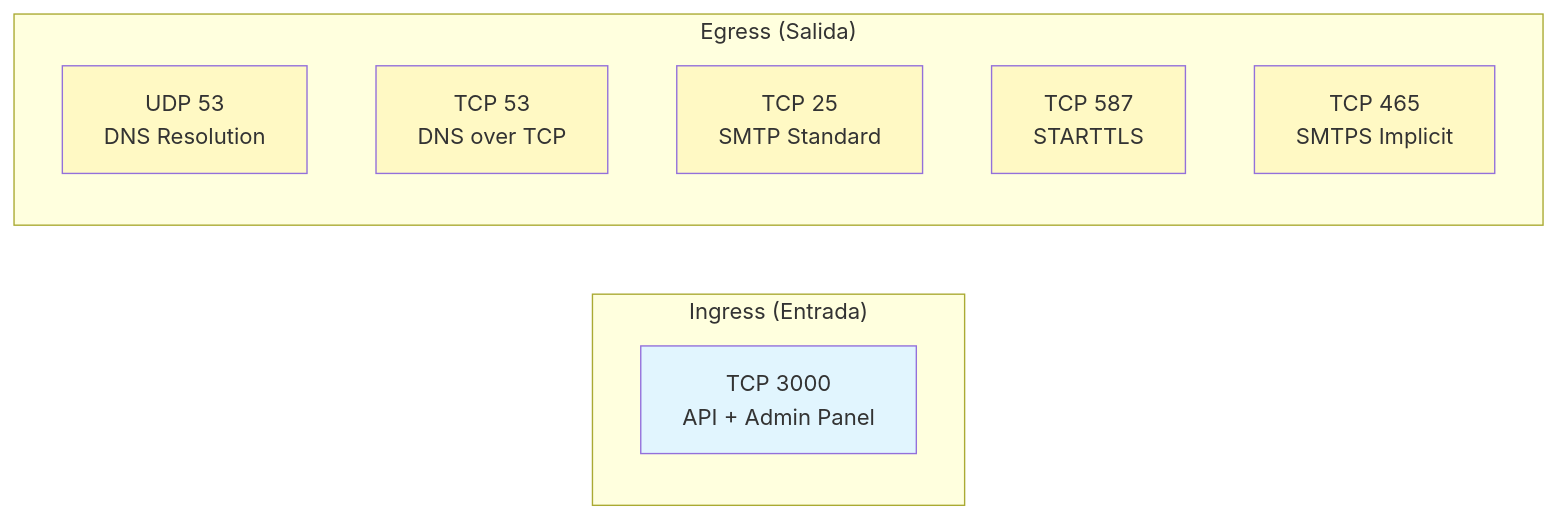
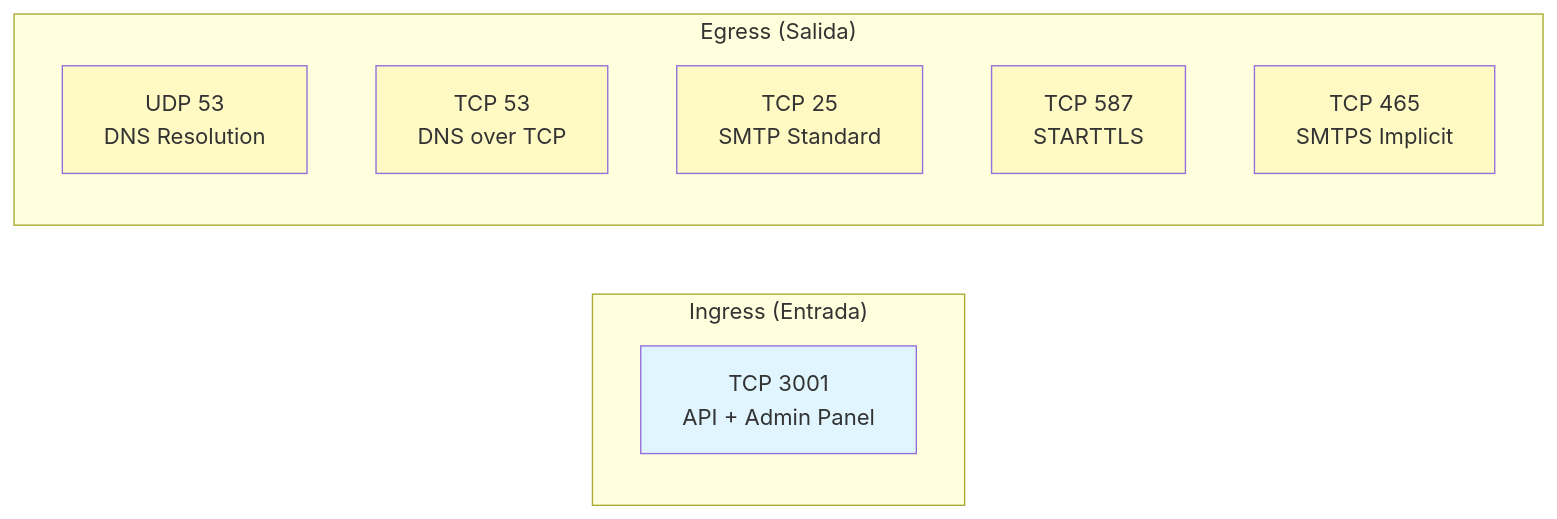
The first of 6 diagrams in docs/DEPLOYMENT.md (darzkrow/mail-checker), drawn with Mermaid before and after one commit. The commit also changed other lines of this file and 8 other files, not shown here.

````diff
--- a/docs/DEPLOYMENT.md
+++ b/docs/DEPLOYMENT.md
@@ -48,21 +48,21 @@
 ```mermaid
 graph LR
     subgraph "Ingress (Entrada)"
-        HTTP[TCP 3000<br/>API + Admin Panel]
+        HTTP[TCP 3001<br/>API + Admin Panel]
     end
     
     subgraph "Egress (Salida)"
         DNS_UDP[UDP 53<br/>DNS Resolution]
         DNS_TCP[TCP 53<br/>DNS over TCP]
         SMTP_25[TCP 25<br/>SMTP Standard]
         SMTP_587[TCP 587<br/>STARTTLS]
         SMTP_465[TCP 465<br/>SMTPS Implicit]
     end
     
     style HTTP fill:#e1f5fe
     style DNS_UDP fill:#fff9c4
     style DNS_TCP fill:#fff9c4
     style SMTP_25 fill:#fff9c4
     style SMTP_587 fill:#fff9c4
     style SMTP_465 fill:#fff9c4
 ```
````
